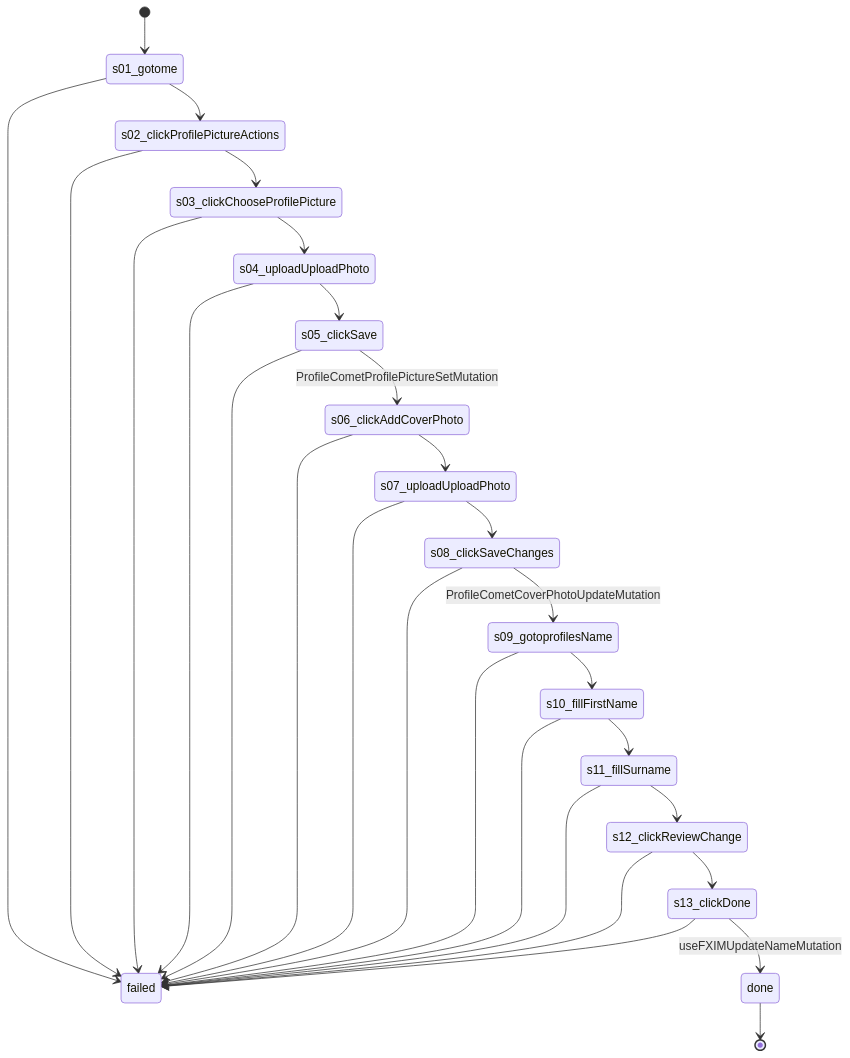
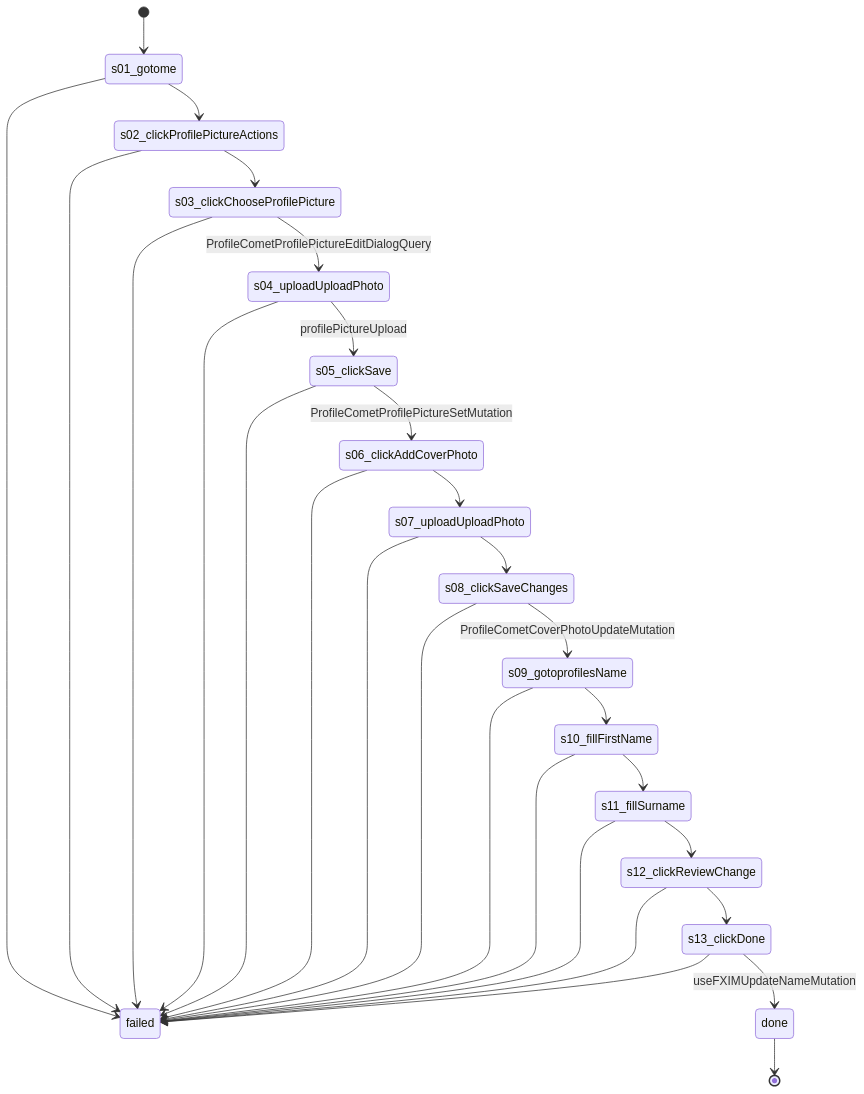
Before and after one commit to matthewdonsemail-lab/log: the diagram in docs/platforms/facebook/flows/profileSetup.md, drawn with Mermaid. The commit also changed other lines of this file and 45 other files, not shown here.

Commit message:
feat: deterministic flows: one scored control match per step, every step waits on Facebook's answer, log facebook preflight before any browser opens (rule 79)

````diff
--- a/docs/platforms/facebook/flows/profileSetup.md
+++ b/docs/platforms/facebook/flows/profileSetup.md
@@ -34,31 +34,31 @@
 ```mermaid
 stateDiagram-v2
   [*] --> s01_gotome
   s01_gotome --> s02_clickProfilePictureActions
   s01_gotome --> failed
   s02_clickProfilePictureActions --> s03_clickChooseProfilePicture
   s02_clickProfilePictureActions --> failed
-  s03_clickChooseProfilePicture --> s04_uploadUploadPhoto
+  s03_clickChooseProfilePicture --> s04_uploadUploadPhoto: ProfileCometProfilePictureEditDialogQuery
   s03_clickChooseProfilePicture --> failed
-  s04_uploadUploadPhoto --> s05_clickSave
+  s04_uploadUploadPhoto --> s05_clickSave: profilePictureUpload
   s04_uploadUploadPhoto --> failed
   s05_clickSave --> s06_clickAddCoverPhoto: ProfileCometProfilePictureSetMutation
   s05_clickSave --> failed
   s06_clickAddCoverPhoto --> s07_uploadUploadPhoto
   s06_clickAddCoverPhoto --> failed
   s07_uploadUploadPhoto --> s08_clickSaveChanges
   s07_uploadUploadPhoto --> failed
   s08_clickSaveChanges --> s09_gotoprofilesName: ProfileCometCoverPhotoUpdateMutation
   s08_clickSaveChanges --> failed
   s09_gotoprofilesName --> s10_fillFirstName
   s09_gotoprofilesName --> failed
   s10_fillFirstName --> s11_fillSurname
   s10_fillFirstName --> failed
   s11_fillSurname --> s12_clickReviewChange
   s11_fillSurname --> failed
   s12_clickReviewChange --> s13_clickDone
   s12_clickReviewChange --> failed
   s13_clickDone --> done: useFXIMUpdateNameMutation
   s13_clickDone --> failed
   done --> [*]
 ```
````
